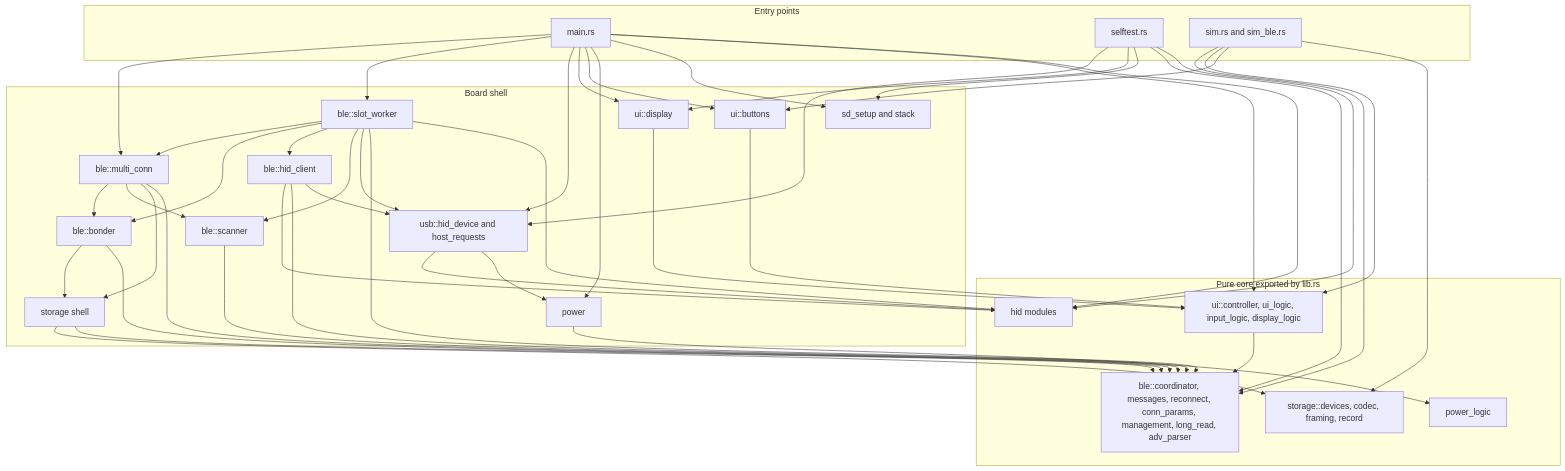
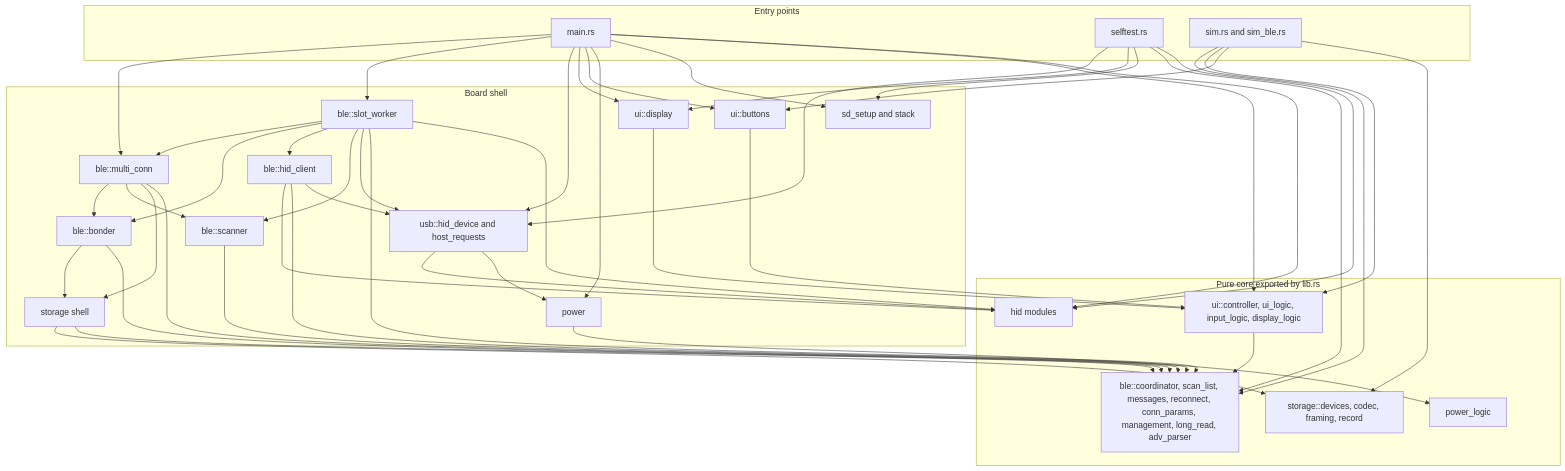
One commit to chefzaid/bt2usb changed the second of 10 diagrams in docs/architecture.md. Above: the diagram before and after it, drawn with Mermaid. The commit also changed other lines of this file and 13 other files, not shown here.

````diff
--- a/docs/architecture.md
+++ b/docs/architecture.md
@@ -126,42 +127,42 @@
 ```mermaid
 flowchart TD
     subgraph entry [Entry points]
         MAIN["main.rs"]
         SELF["selftest.rs"]
         SIM["sim.rs and sim_ble.rs"]
     end
     subgraph shell [Board shell]
         MC["ble::multi_conn"]
         SW["ble::slot_worker"]
         BND["ble::bonder"]
         HC["ble::hid_client"]
         SC["ble::scanner"]
         ST["storage shell"]
         USB["usb::hid_device and host_requests"]
         PWR["power"]
         DSP["ui::display"]
         BTN["ui::buttons"]
         SDS["sd_setup and stack"]
     end
     subgraph core [Pure core exported by lib.rs]
-        BC["ble::coordinator, messages, reconnect, conn_params, management, long_read, adv_parser"]
+        BC["ble::coordinator, scan_list, messages, reconnect, conn_params, management, long_read, adv_parser"]
         HID["hid modules"]
         UIL["ui::controller, ui_logic, input_logic, display_logic"]
         PL["power_logic"]
         SF["storage::devices, codec, framing, record"]
     end
     MAIN --> MC & SW & USB & DSP & BTN & PWR & SDS & UIL & HID
     SELF --> USB & DSP & SDS & BC & HID
     SIM --> BC & UIL & BTN & SF
     MC --> BND & SC & ST & BC
     SW --> MC & BND & HC & SC & USB & BC & HID
     BND --> ST & BC
     HC --> HID & BC & USB
     SC --> BC
     ST --> SF & BC
     USB --> HID & PWR
     PWR --> PL
     DSP --> UIL
     BTN --> UIL
     UIL --> BC
 ```
````
